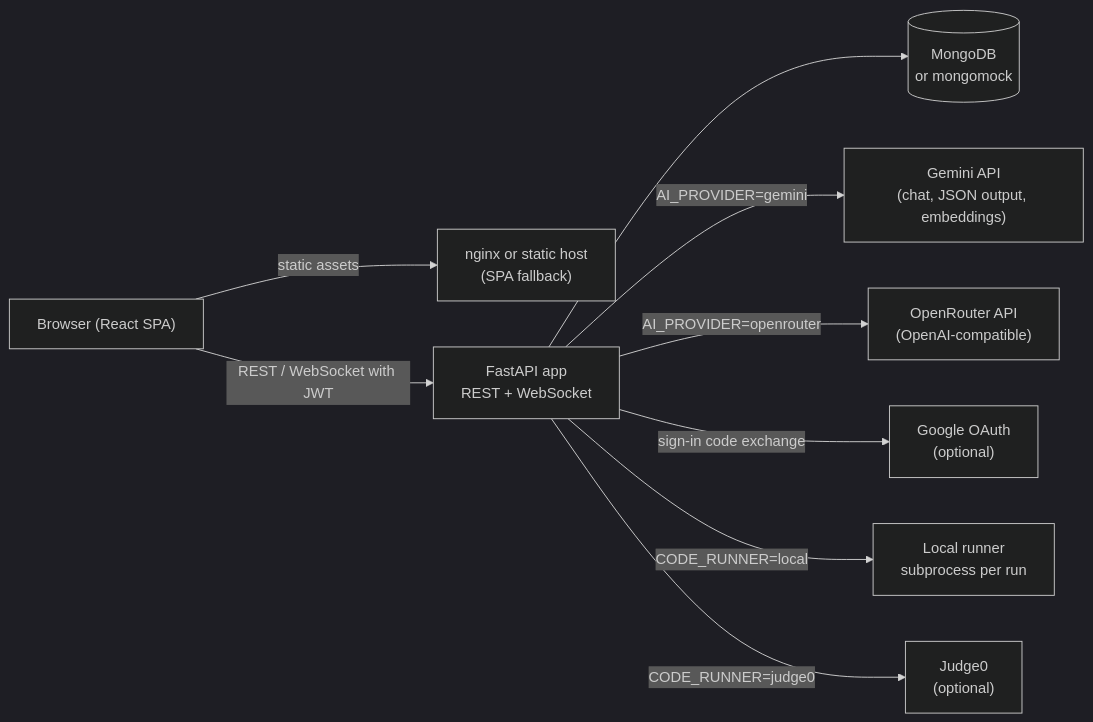
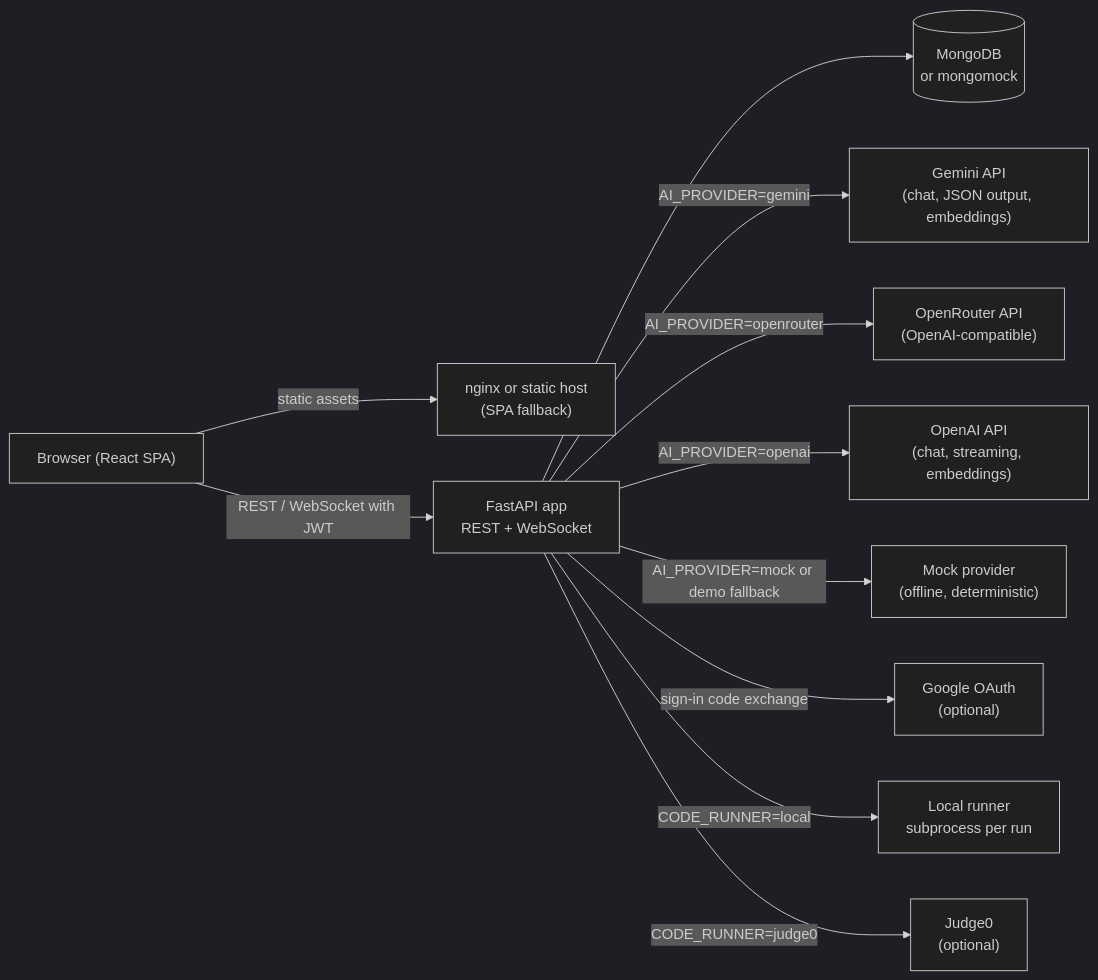
One commit to driptobhattacharyya/StudyBuddy changed the first of 2 diagrams in docs/ARCHITECTURE.md. Above: the diagram before and after it, drawn with Mermaid (dark theme). The commit also changed other lines of this file and 61 other files, not shown here.

First line of the commit message:
Integrate frontend and backend end to end; add OpenAI and mock AI

````diff
--- a/docs/ARCHITECTURE.md
+++ b/docs/ARCHITECTURE.md
@@ -23,21 +23,25 @@
 ```mermaid
 flowchart LR
     Browser["Browser (React SPA)"]
     Nginx["nginx or static host<br/>(SPA fallback)"]
     API["FastAPI app<br/>REST + WebSocket"]
     Mongo[("MongoDB<br/>or mongomock")]
     Gemini["Gemini API<br/>(chat, JSON output, embeddings)"]
     OpenRouter["OpenRouter API<br/>(OpenAI-compatible)"]
+    OpenAI["OpenAI API<br/>(chat, streaming, embeddings)"]
+    Mock["Mock provider<br/>(offline, deterministic)"]
     Google["Google OAuth<br/>(optional)"]
     Judge0["Judge0<br/>(optional)"]
     Local["Local runner<br/>subprocess per run"]
 
     Browser -->|static assets| Nginx
     Browser -->|REST / WebSocket with JWT| API
     API --> Mongo
     API -->|AI_PROVIDER=gemini| Gemini
     API -->|AI_PROVIDER=openrouter| OpenRouter
+    API -->|AI_PROVIDER=openai| OpenAI
+    API -->|AI_PROVIDER=mock or demo fallback| Mock
     API -->|sign-in code exchange| Google
     API -->|CODE_RUNNER=local| Local
     API -->|CODE_RUNNER=judge0| Judge0
 ```
````
